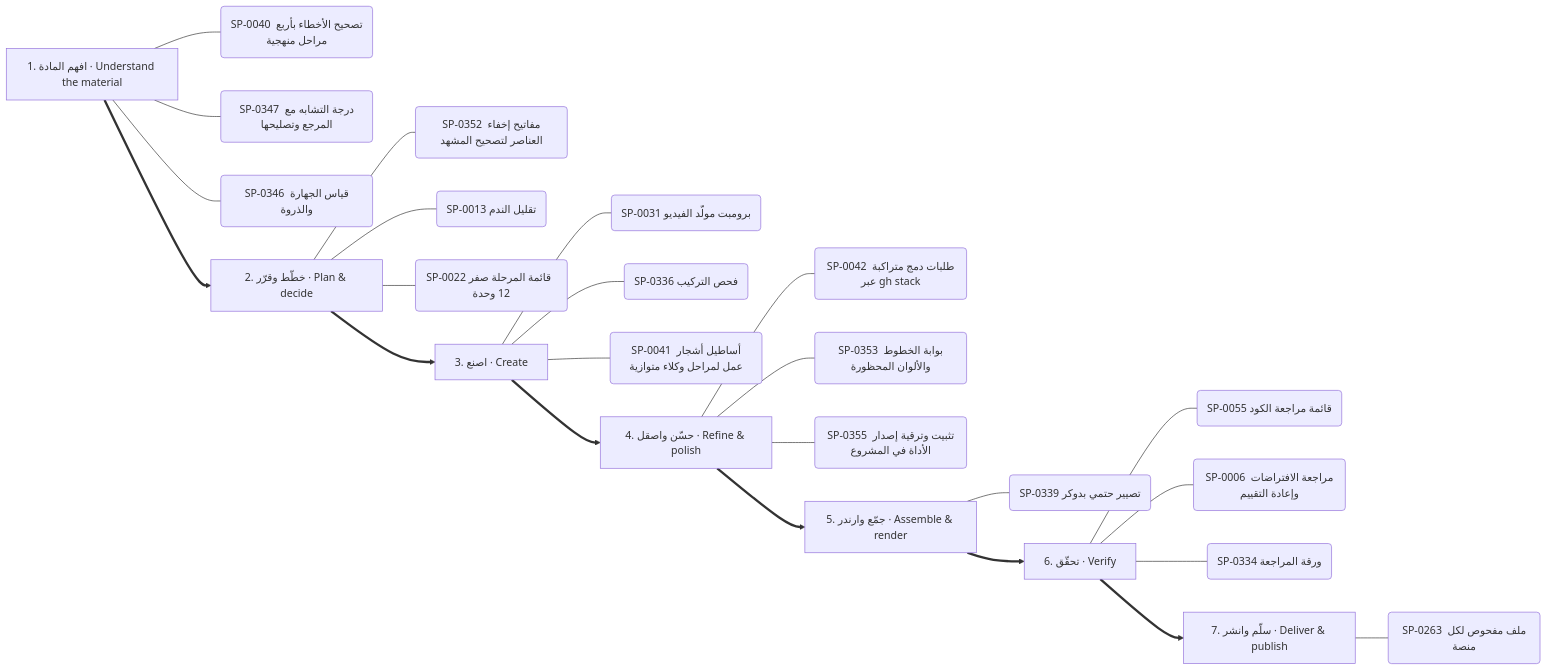
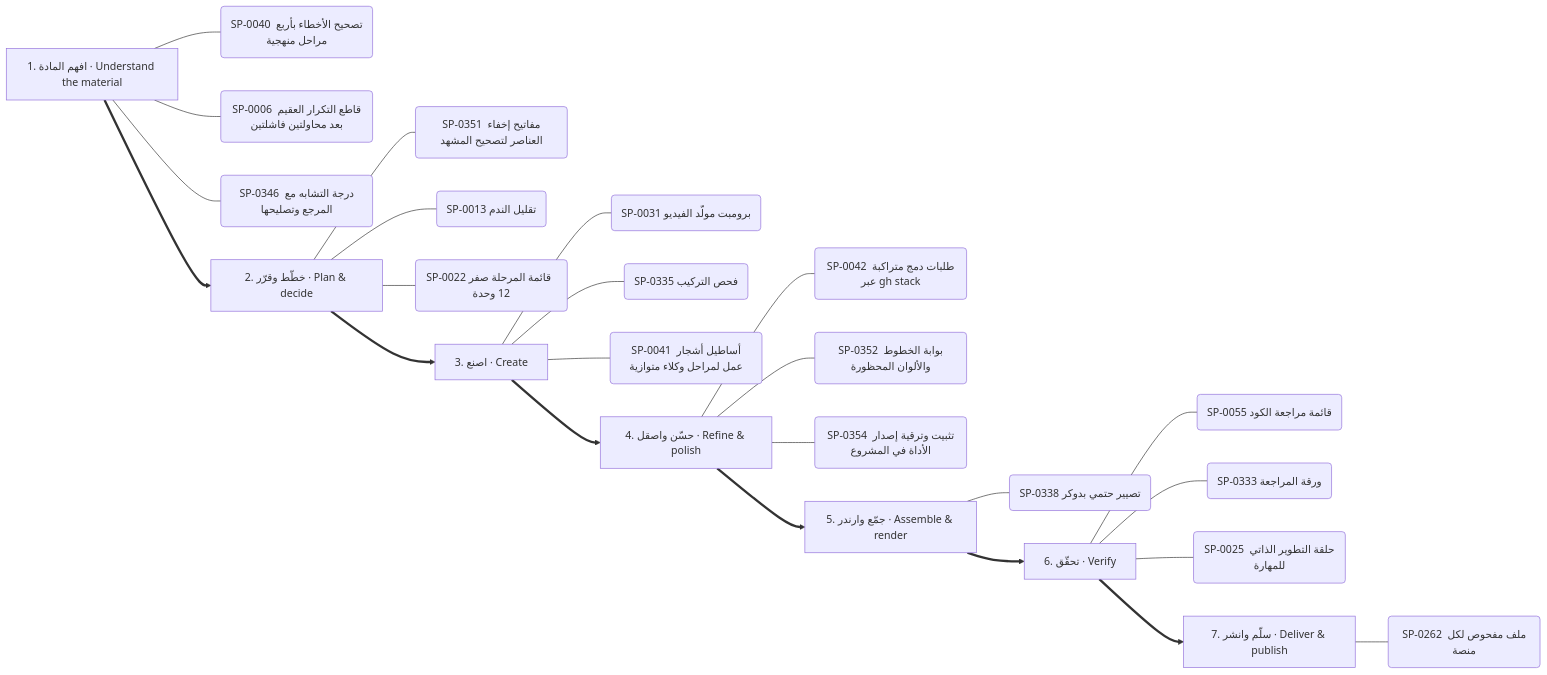
One commit to kosif199022-jpg/kosif-tool changed the tenth of 13 diagrams in .claude/skills/kosif-superpowers/references/capability-mindmap.md. Above: the diagram before and after it, drawn with Mermaid. The commit also changed other lines of this file and 61 other files, not shown here.

````diff
--- a/.claude/skills/kosif-superpowers/references/capability-mindmap.md
+++ b/.claude/skills/kosif-superpowers/references/capability-mindmap.md
@@ -499,33 +500,33 @@
 ```mermaid
 flowchart LR
   S0["1. افهم المادة · Understand the material"]
   S0 --- S0_0("SP-0040 تصحيح الأخطاء بأربع مراحل منهجية")
-  S0 --- S0_1("SP-0347 درجة التشابه مع المرجع وتصليحها")
-  S0 --- S0_2("SP-0346 قياس الجهارة والذروة")
+  S0 --- S0_1("SP-0006 قاطع التكرار العقيم بعد محاولتين فاشلتين")
+  S0 --- S0_2("SP-0346 درجة التشابه مع المرجع وتصليحها")
   S1["2. خطّط وقرّر · Plan & decide"]
-  S1 --- S1_0("SP-0352 مفاتيح إخفاء العناصر لتصحيح المشهد")
+  S1 --- S1_0("SP-0351 مفاتيح إخفاء العناصر لتصحيح المشهد")
   S1 --- S1_1("SP-0013 تقليل الندم")
   S1 --- S1_2("SP-0022 قائمة المرحلة صفر  12 وحدة ")
   S0 ==> S1
   S2["3. اصنع · Create"]
   S2 --- S2_0("SP-0031 برومبت مولّد الفيديو")
-  S2 --- S2_1("SP-0336 فحص التركيب")
+  S2 --- S2_1("SP-0335 فحص التركيب")
   S2 --- S2_2("SP-0041 أساطيل أشجار عمل لمراحل وكلاء متوازية")
   S1 ==> S2
   S3["4. حسّن واصقل · Refine & polish"]
   S3 --- S3_0("SP-0042 طلبات دمج متراكبة عبر gh stack")
-  S3 --- S3_1("SP-0353 بوابة الخطوط والألوان المحظورة")
-  S3 --- S3_2("SP-0355 تثبيت وترقية إصدار الأداة في المشروع")
+  S3 --- S3_1("SP-0352 بوابة الخطوط والألوان المحظورة")
+  S3 --- S3_2("SP-0354 تثبيت وترقية إصدار الأداة في المشروع")
   S2 ==> S3
   S4["5. جمّع وارندر · Assemble & render"]
-  S4 --- S4_0("SP-0339 تصيير حتمي بدوكر")
+  S4 --- S4_0("SP-0338 تصيير حتمي بدوكر")
   S3 ==> S4
   S5["6. تحقّق · Verify"]
   S5 --- S5_0("SP-0055 قائمة مراجعة الكود")
-  S5 --- S5_1("SP-0006 مراجعة الافتراضات وإعادة التقييم")
-  S5 --- S5_2("SP-0334 ورقة المراجعة")
+  S5 --- S5_1("SP-0333 ورقة المراجعة")
+  S5 --- S5_2("SP-0025 حلقة التطوير الذاتي للمهارة")
   S4 ==> S5
   S6["7. سلّم وانشر · Deliver & publish"]
-  S6 --- S6_0("SP-0263 ملف مفحوص لكل منصة")
+  S6 --- S6_0("SP-0262 ملف مفحوص لكل منصة")
   S5 ==> S6
 ```
````
